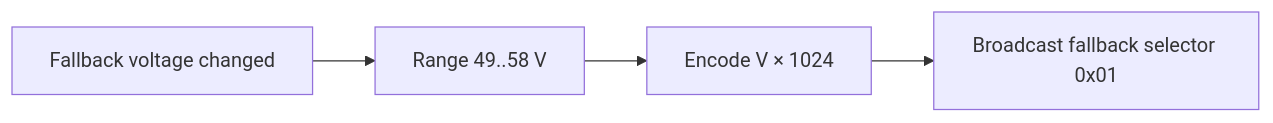
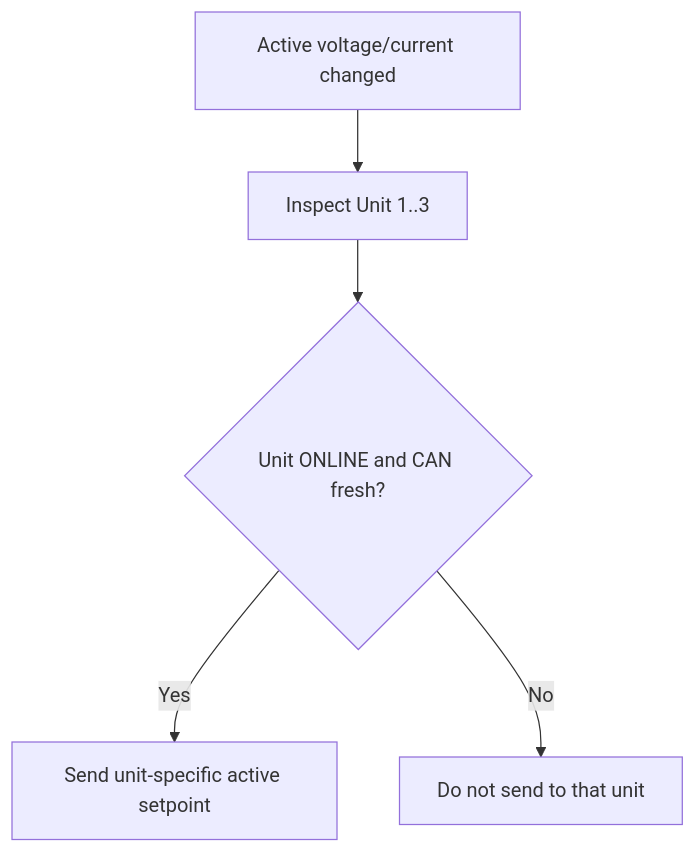
One commit to anwa/esphome-r4875g1-3phase-charger changed diagram 15 of 26 in R4875G1_CONTROL_FLOWS.md. Above: the diagram before and after it, drawn with Mermaid. The commit also changed other lines of this file and 1 other file, not shown here.

First line of the commit message:
Synchronize CAN lifecycle and recovery documentation

````diff
--- a/R4875G1_CONTROL_FLOWS.md
+++ b/R4875G1_CONTROL_FLOWS.md
@@ -241,6 +512,7 @@
 ```mermaid
-flowchart LR
-    A[Fallback voltage changed] --> B[Range 49..58 V]
-    B --> C[Encode V × 1024]
-    C --> D[Broadcast fallback selector 0x01]
+flowchart TD
+    A[Active voltage/current changed] --> B[Inspect Unit 1..3]
+    B --> C{Unit ONLINE and CAN fresh?}
+    C -- Yes --> D[Send unit-specific active setpoint]
+    C -- No --> E[Do not send to that unit]
 ```
````
